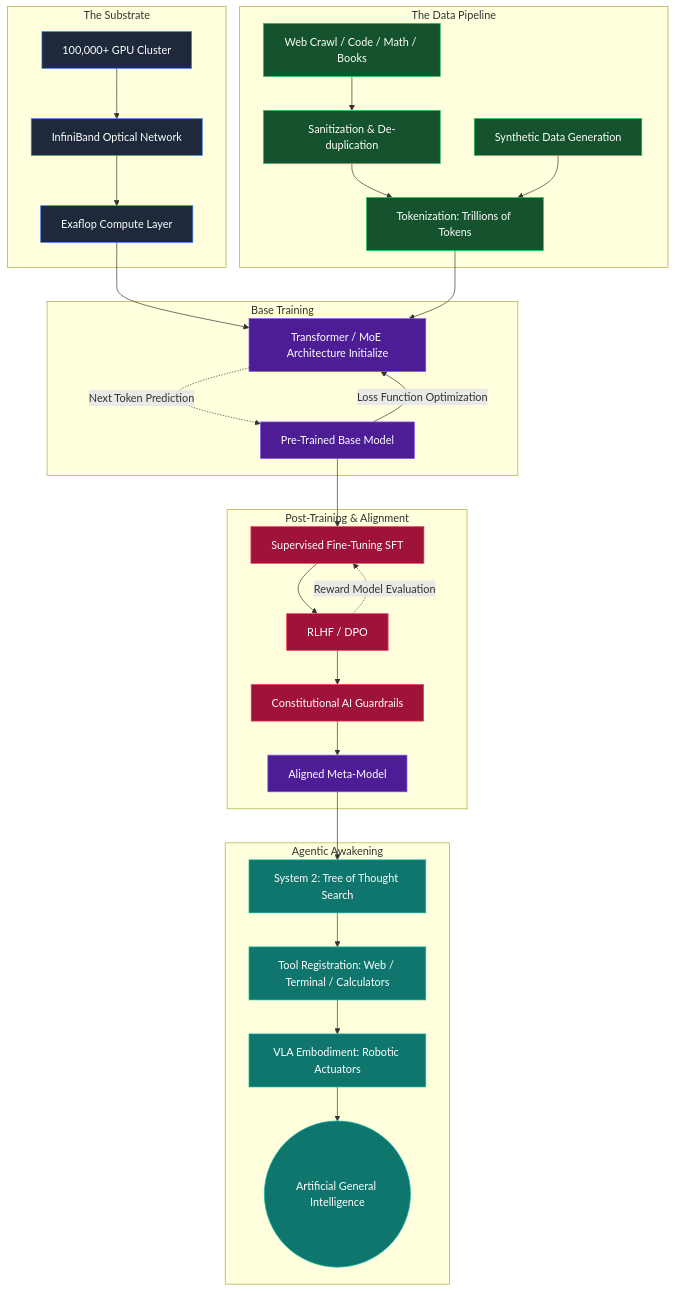
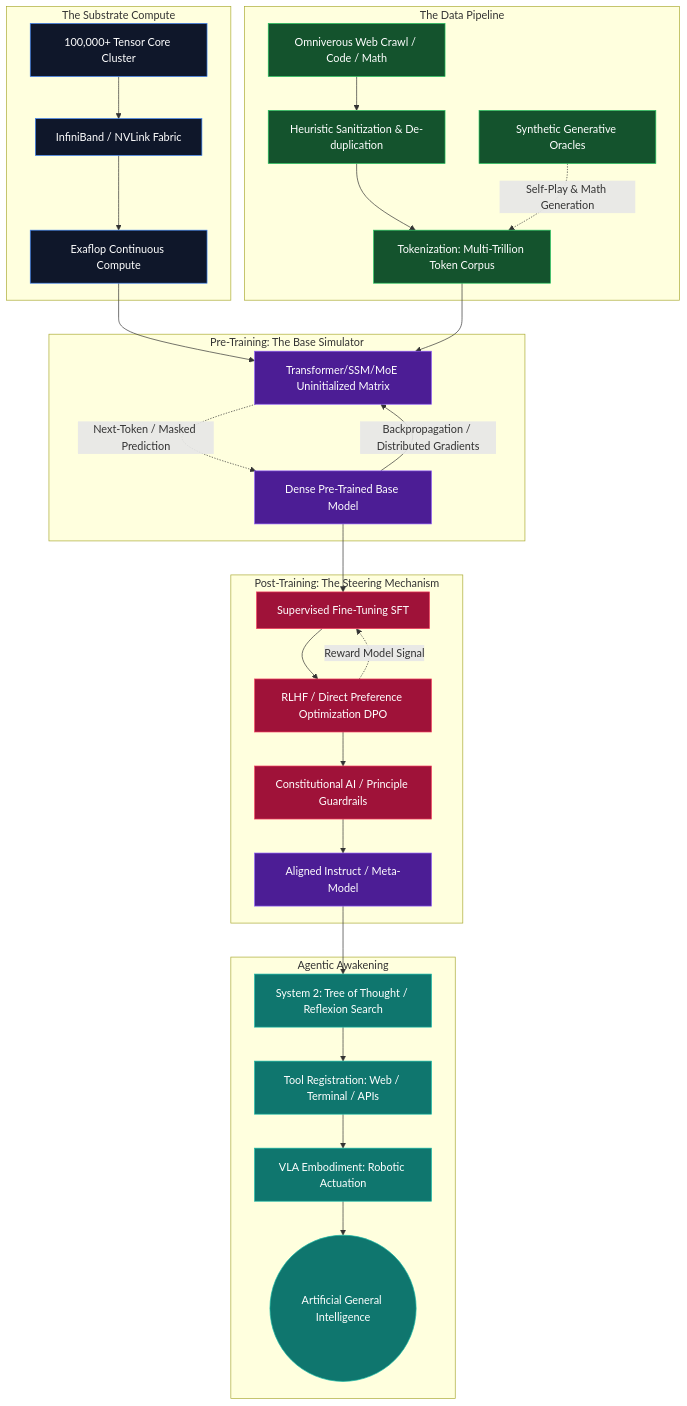
The first of 2 diagrams in README.md (ft976/AGI-Research-Library), drawn with Mermaid before and after one commit. The commit also changed other lines of this file and 3 other files, not shown here.

````diff
--- a/README.md
+++ b/README.md
@@ -32,42 +31,42 @@
 ```mermaid
 graph TD
-    classDef hardware fill:#1e293b,stroke:#3b82f6,color:#fff
+    classDef hardware fill:#0f172a,stroke:#3b82f6,color:#fff
     classDef data fill:#14532d,stroke:#22c55e,color:#fff
     classDef model fill:#4c1d95,stroke:#8b5cf6,color:#fff
     classDef align fill:#9f1239,stroke:#f43f5e,color:#fff
     classDef agent fill:#0f766e,stroke:#14b8a6,color:#fff
 
-    subgraph The Substrate
-        HW1[100,000+ GPU Cluster]:::hardware --> HW2[InfiniBand Optical Network]:::hardware
-        HW2 --> HW3[Exaflop Compute Layer]:::hardware
+    subgraph The Substrate Compute
+        HW1[100,000+ Tensor Core Cluster]:::hardware --> HW2[InfiniBand / NVLink Fabric]:::hardware
+        HW2 --> HW3[Exaflop Continuous Compute]:::hardware
     end
 
     subgraph The Data Pipeline
-        D1[Web Crawl / Code / Math / Books]:::data --> D2[Sanitization & De-duplication]:::data
-        D2 --> D3[Tokenization: Trillions of Tokens]:::data
-        D4[Synthetic Data Generation]:::data --> D3
+        D1[Omniverous Web Crawl / Code / Math]:::data --> D2[Heuristic Sanitization & De-duplication]:::data
+        D2 --> D3[Tokenization: Multi-Trillion Token Corpus]:::data
+        D4[Synthetic Generative Oracles]:::data -.->|Self-Play & Math Generation| D3
     end
 
-    subgraph Base Training
-        M1[Transformer / MoE Architecture Initialize]:::model
+    subgraph Pre-Training: The Base Simulator
+        M1[Transformer/SSM/MoE Uninitialized Matrix]:::model
         HW3 --> M1
         D3 --> M1
-        M1 -.->|Next Token Prediction| M2[Pre-Trained Base Model]:::model
-        M2 -->|Loss Function Optimization| M1
+        M1 -.->|Next-Token / Masked Prediction| M2[Dense Pre-Trained Base Model]:::model
+        M2 -->|Backpropagation / Distributed Gradients| M1
     end
 
-    subgraph Post-Training & Alignment
+    subgraph Post-Training: The Steering Mechanism
         M2 --> A1[Supervised Fine-Tuning SFT]:::align
-        A1 --> A2[RLHF / DPO]:::align
-        A2 -.->|Reward Model Evaluation| A1
-        A2 --> A3[Constitutional AI Guardrails]:::align
-        A3 --> M3[Aligned Meta-Model]:::model
+        A1 --> A2[RLHF / Direct Preference Optimization DPO]:::align
+        A2 -.->|Reward Model Signal| A1
+        A2 --> A3[Constitutional AI / Principle Guardrails]:::align
+        A3 --> M3[Aligned Instruct / Meta-Model]:::model
     end
 
     subgraph Agentic Awakening
-        M3 --> AG1[System 2: Tree of Thought Search]:::agent
-        AG1 --> AG2[Tool Registration: Web / Terminal / Calculators]:::agent
-        AG2 --> AG3[VLA Embodiment: Robotic Actuators]:::agent
+        M3 --> AG1[System 2: Tree of Thought / Reflexion Search]:::agent
+        AG1 --> AG2[Tool Registration: Web / Terminal / APIs]:::agent
+        AG2 --> AG3[VLA Embodiment: Robotic Actuation]:::agent
         AG3 --> AGI((Artificial General Intelligence)):::agent
     end
 ```
````
